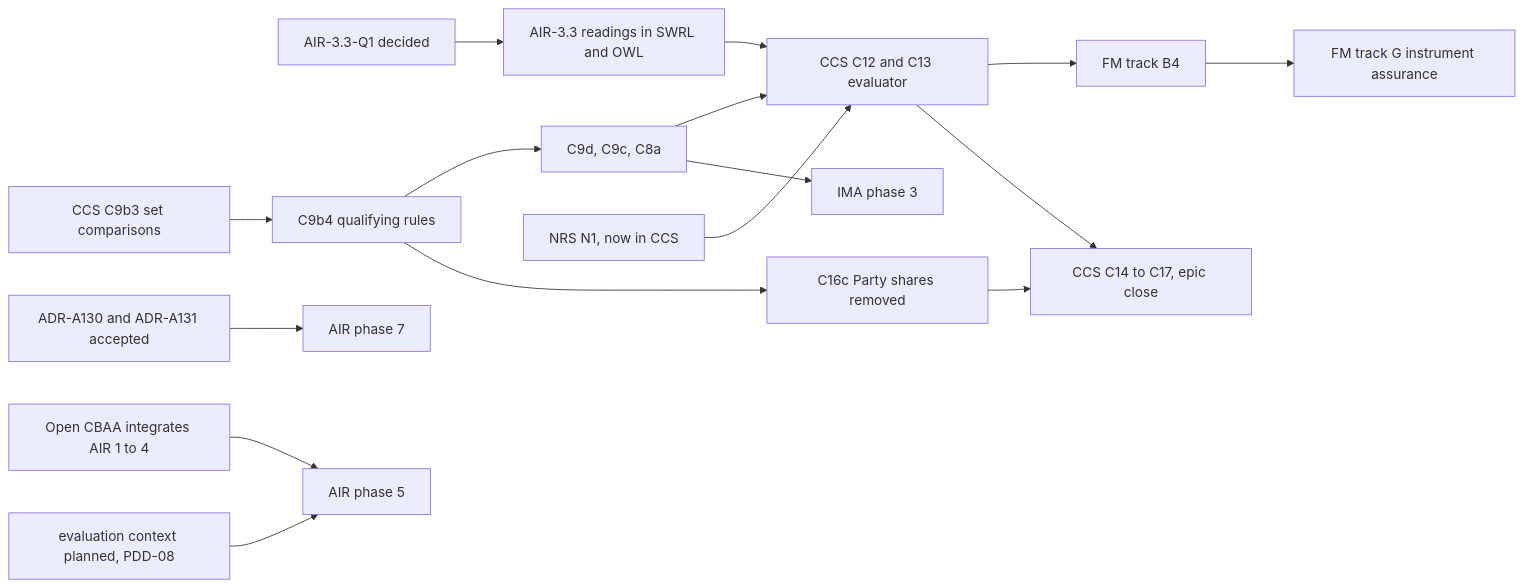
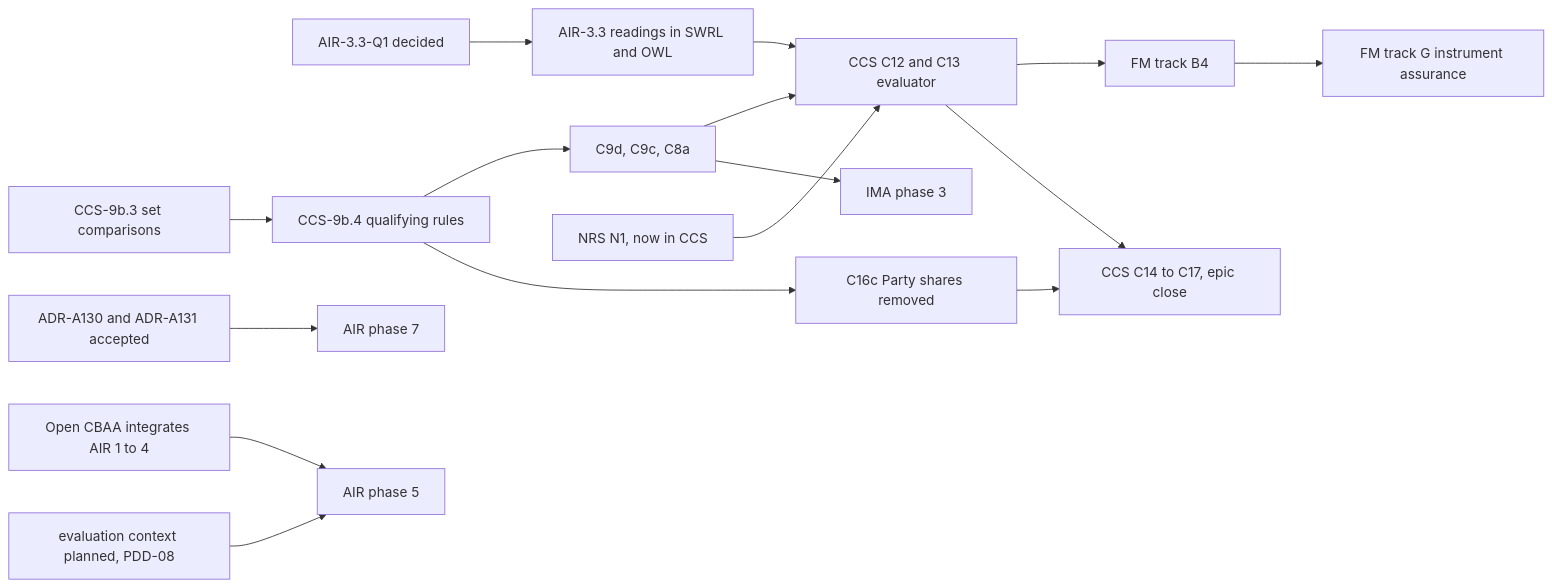
One commit to nebularis/lattice changed the ninth of 9 diagrams in docs/developer/ROADMAP.md. Above: the diagram before and after it, drawn with Mermaid. The commit also changed other lines of this file and 422 other files, not shown here.

````diff
--- a/docs/developer/ROADMAP.md
+++ b/docs/developer/ROADMAP.md
@@ -356,18 +356,18 @@
 ```mermaid
 flowchart LR
     Q1["AIR-3.3-Q1 decided"] --> AIR33["AIR-3.3 readings in SWRL and OWL"]
-    C9b3["CCS C9b3 set comparisons"] --> C9b4["C9b4 qualifying rules"]
-    C9b4 --> C9["C9d, C9c, C8a"]
+    CCS-9b.3["CCS-9b.3 set comparisons"] --> CCS-9b.4["CCS-9b.4 qualifying rules"]
+    CCS-9b.4 --> C9["C9d, C9c, C8a"]
     N1["NRS N1, now in CCS"] --> C12["CCS C12 and C13 evaluator"]
     C9 --> C12
     AIR33 --> C12
     C12 --> B4["FM track B4"]
     B4 --> G["FM track G instrument assurance"]
     C12 --> C14["CCS C14 to C17, epic close"]
-    C9b4 --> C16c["C16c Party shares removed"]
+    CCS-9b.4 --> C16c["C16c Party shares removed"]
     C16c --> C14
     C9 --> IMA3["IMA phase 3"]
     A130["ADR-A130 and ADR-A131 accepted"] --> AIR7["AIR phase 7"]
     CBAA["Open CBAA integrates AIR 1 to 4"] --> AIR5["AIR phase 5"]
     EC["evaluation context planned, PDD-08"] --> AIR5
 ```
````
